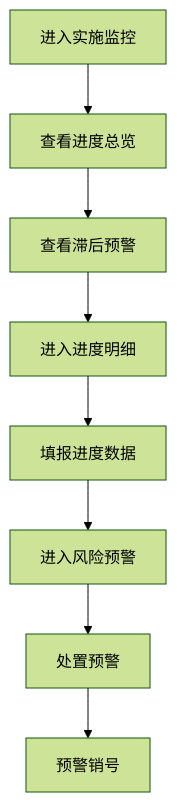
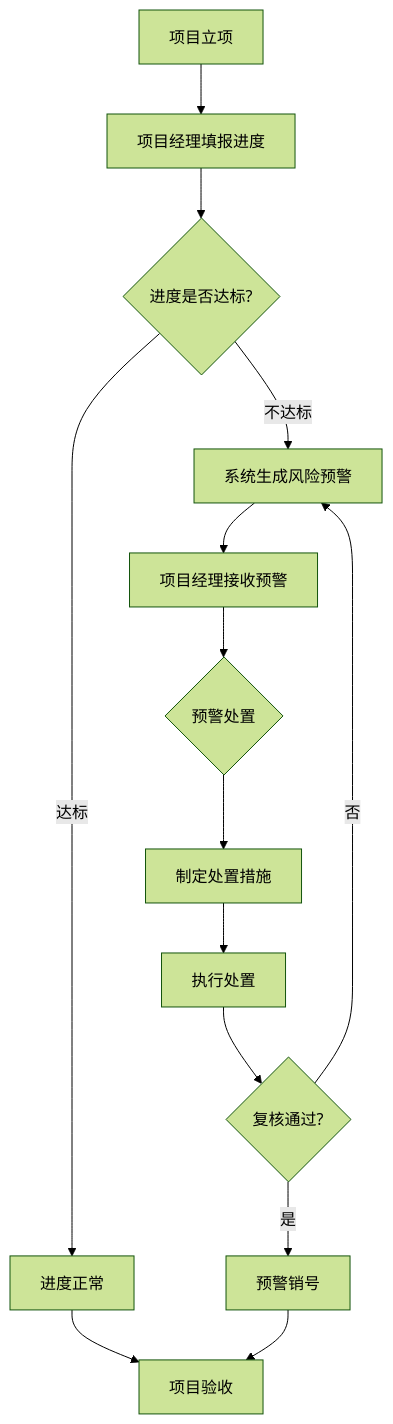
One commit to cuiweihaoxuan-eng/lto changed the diagram in public/prd/_routes/implementation-monitoring.md. Above: the diagram before and after it, drawn with Mermaid (forest theme). The commit also changed other lines of this file and 79 other files, not shown here.

````diff
--- a/public/prd/_routes/implementation-monitoring.md
+++ b/public/prd/_routes/implementation-monitoring.md
@@ -84,10 +60,16 @@
 ```mermaid
 graph TD
-    A[进入实施监控] --> B[查看进度总览]
-    B --> C[查看滞后预警]
-    C --> D[进入进度明细]
-    D --> E[填报进度数据]
-    E --> F[进入风险预警]
-    F --> G[处置预警]
-    G --> H[预警销号]
+    A[项目立项] --> B[项目经理填报进度]
+    B --> C{进度是否达标?}
+    C -->|达标| D[进度正常]
+    C -->|不达标| E[系统生成风险预警]
+    E --> F[项目经理接收预警]
+    F --> G{预警处置}
+    G --> H[制定处置措施]
+    H --> I[执行处置]
+    I --> J{复核通过?}
+    J -->|是| K[预警销号]
+    J -->|否| E
+    D --> L[项目验收]
+    K --> L
 ```
````
